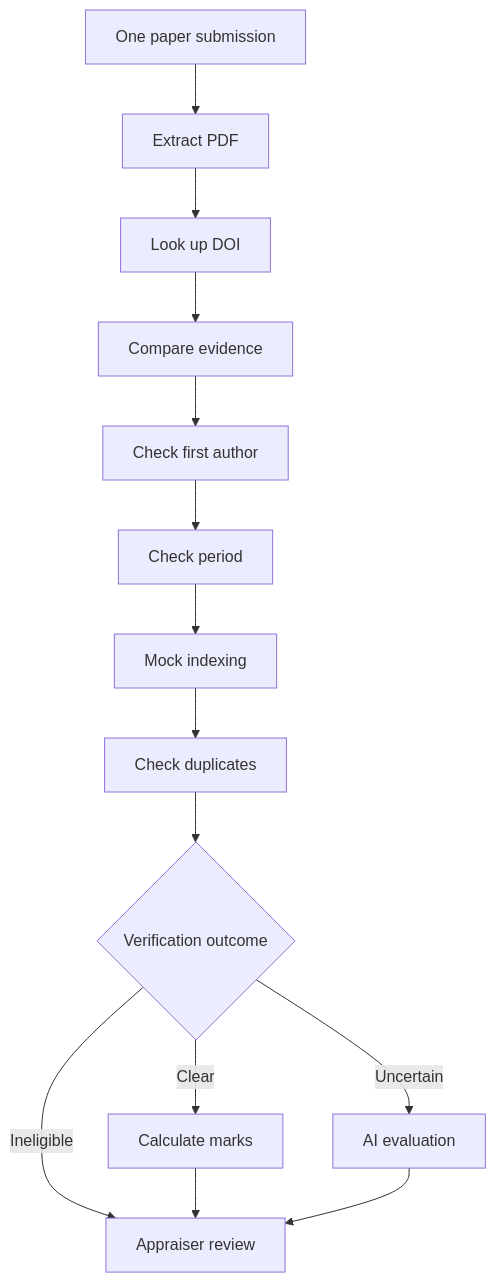
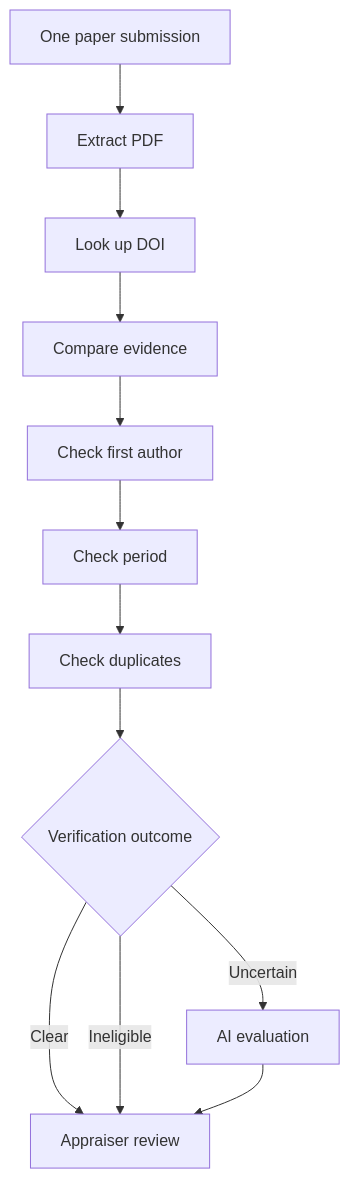
The diagram in docs/PUBLICATION-KPI.md (Kaushiik-13/KCT_AppraisalPortal), drawn with Mermaid before and after one commit. The commit also changed other lines of this file and 18 other files, not shown here.

````diff
--- a/docs/PUBLICATION-KPI.md
+++ b/docs/PUBLICATION-KPI.md
@@ -54,16 +43,14 @@
 ```mermaid
 flowchart TD
   Submit[One paper submission] --> Extract[Extract PDF]
   Extract --> Lookup[Look up DOI]
   Lookup --> Compare[Compare evidence]
   Compare --> Author[Check first author]
   Author --> Dates[Check period]
-  Dates --> Index[Mock indexing]
-  Index --> Duplicate[Check duplicates]
+  Dates --> Duplicate[Check duplicates]
   Duplicate --> Decision{Verification outcome}
-  Decision -->|Clear| Score[Calculate marks]
+  Decision -->|Clear| Review[Appraiser review]
   Decision -->|Uncertain| AI[AI evaluation]
-  Decision -->|Ineligible| Review[Appraiser review]
-  Score --> Review
+  Decision -->|Ineligible| Review
   AI --> Review
 ```
````
